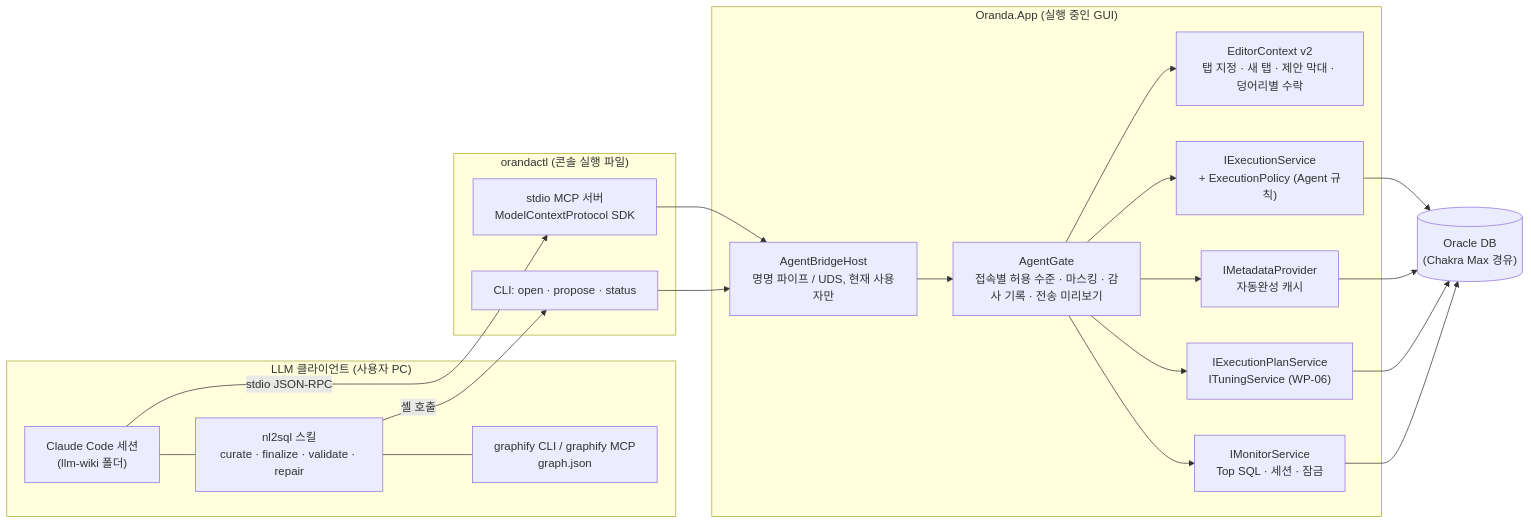
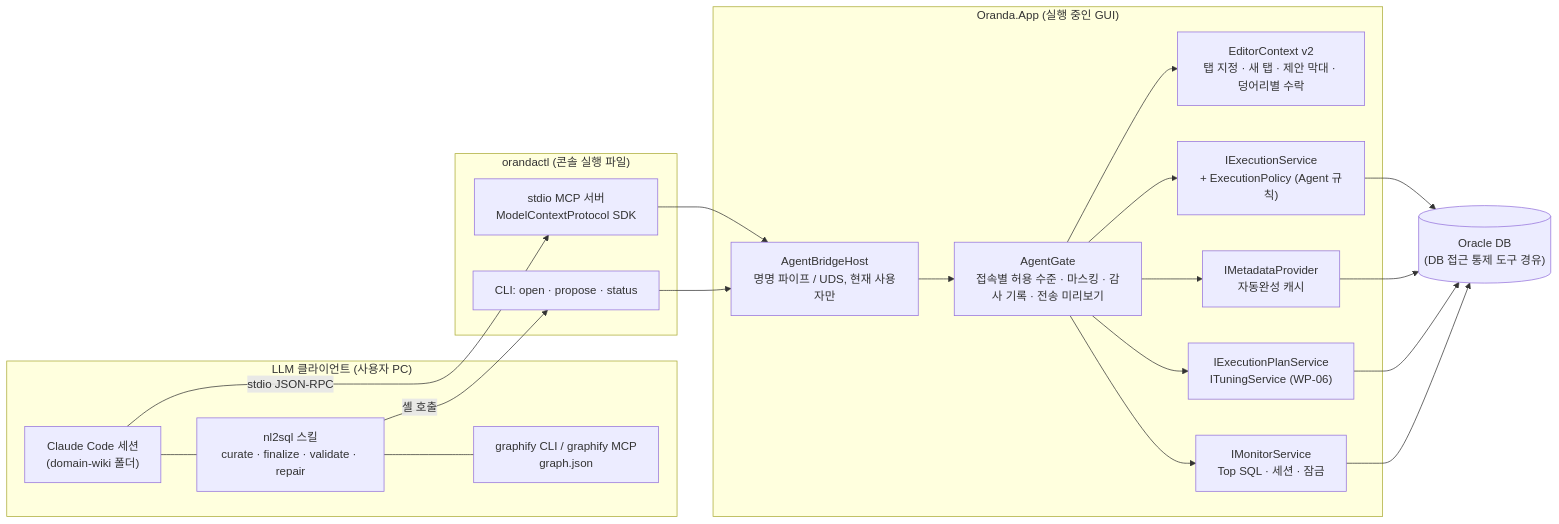
One commit to jongik-sv/oranda changed the first of 5 diagrams in docs/oranda1/research/llm-editor-integration-2026-10-24.md. Above: the diagram before and after it, drawn with Mermaid. The commit also changed other lines of this file and 78 other files, not shown here.

````diff
--- a/docs/oranda1/research/llm-editor-integration-2026-10-24.md
+++ b/docs/oranda1/research/llm-editor-integration-2026-10-24.md
@@ -125,42 +125,42 @@
 ```mermaid
 flowchart LR
   subgraph Client["LLM 클라이언트 (사용자 PC)"]
-    CC["Claude Code 세션<br/>(llm-wiki 폴더)"]
+    CC["Claude Code 세션<br/>(domain-wiki 폴더)"]
     SK["nl2sql 스킬<br/>curate · finalize · validate · repair"]
     GQ["graphify CLI / graphify MCP<br/>graph.json"]
     CC --- SK
     SK --- GQ
   end
 
   subgraph Bridge["orandactl (콘솔 실행 파일)"]
     MCP["stdio MCP 서버<br/>ModelContextProtocol SDK"]
     CLI["CLI: open · propose · status"]
   end
 
   subgraph App["Oranda.App (실행 중인 GUI)"]
     PIPE["AgentBridgeHost<br/>명명 파이프 / UDS, 현재 사용자만"]
     GATE["AgentGate<br/>접속별 허용 수준 · 마스킹 · 감사 기록 · 전송 미리보기"]
     ED["EditorContext v2<br/>탭 지정 · 새 탭 · 제안 막대 · 덩어리별 수락"]
     EX["IExecutionService<br/>+ ExecutionPolicy (Agent 규칙)"]
     META["IMetadataProvider<br/>자동완성 캐시"]
     PLAN["IExecutionPlanService<br/>ITuningService (WP-06)"]
     MON["IMonitorService<br/>Top SQL · 세션 · 잠금"]
   end
 
-  DB[("Oracle DB<br/>(Chakra Max 경유)")]
+  DB[("Oracle DB<br/>(DB 접근 통제 도구 경유)")]
 
   CC -- "stdio JSON-RPC" --> MCP
   SK -- "셸 호출" --> CLI
   MCP --> PIPE
   CLI --> PIPE
   PIPE --> GATE
   GATE --> ED
   GATE --> EX
   GATE --> META
   GATE --> PLAN
   GATE --> MON
   EX --> DB
   META --> DB
   PLAN --> DB
   MON --> DB
 ```
````
